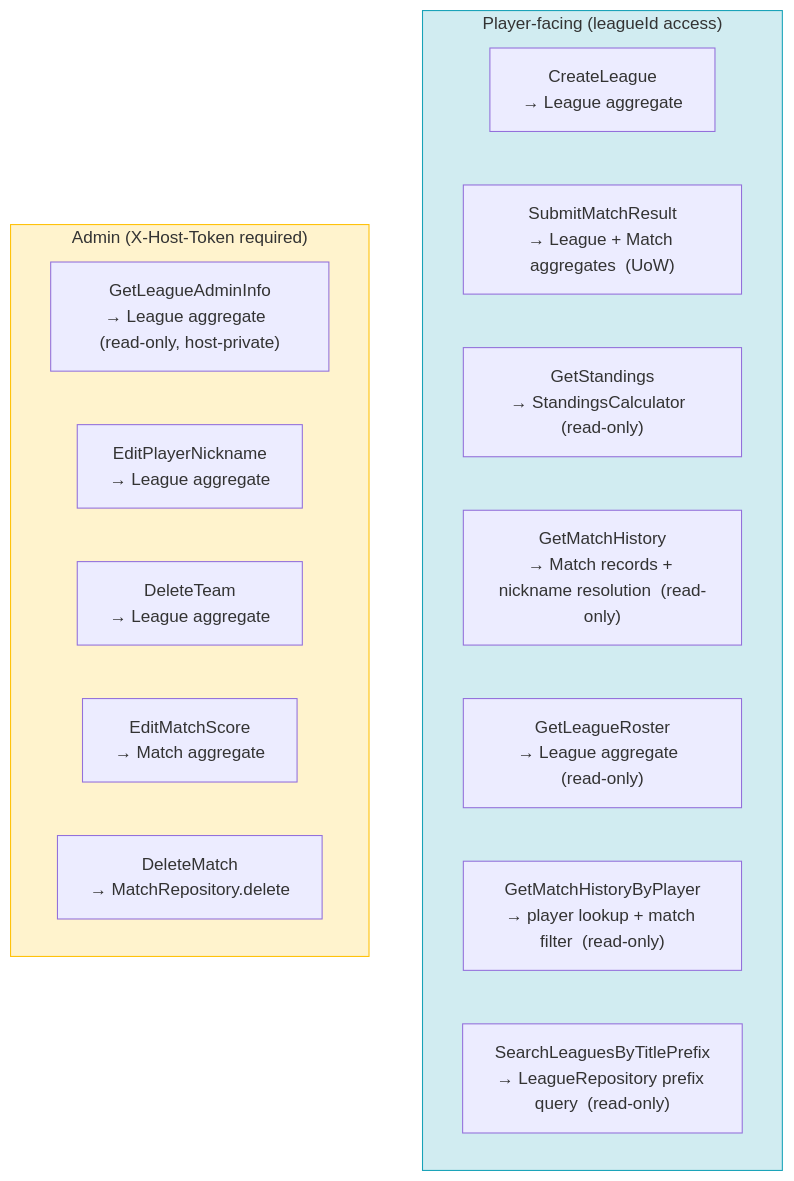
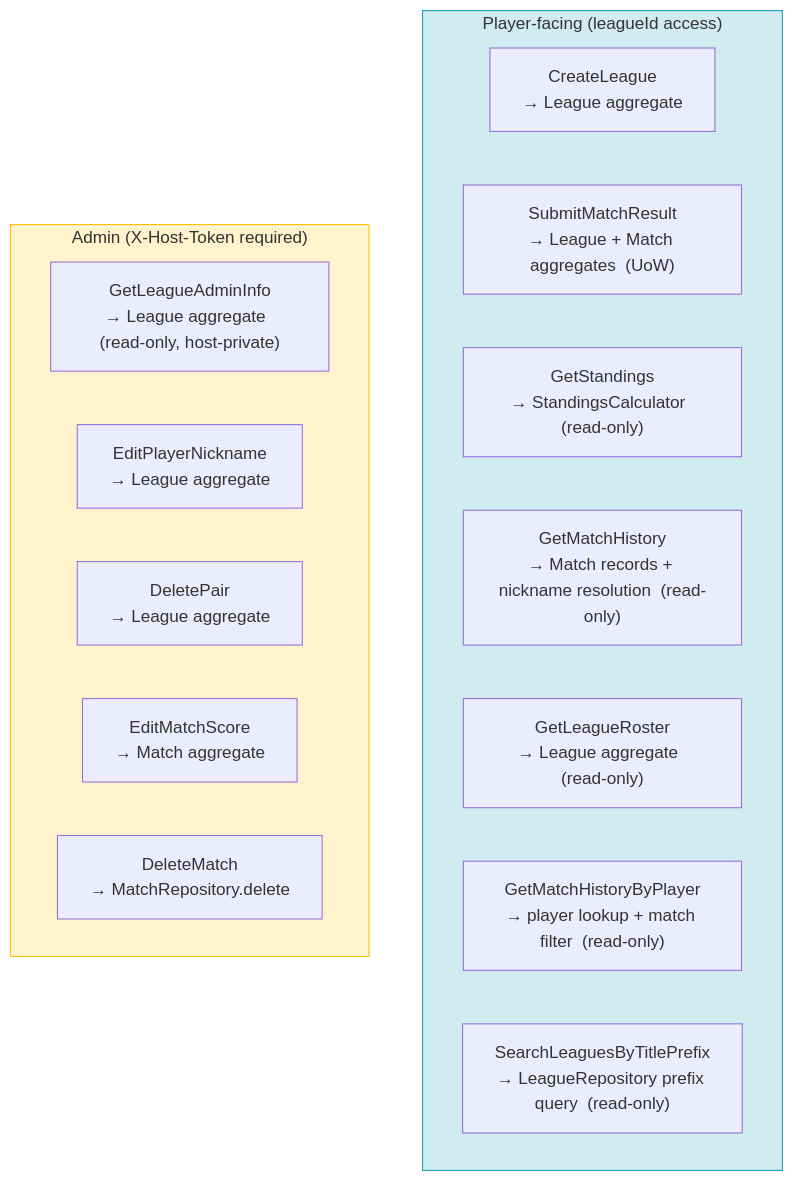
One commit to swjeong0825/TLMB_backend_main changed the diagram in Design_Doc/TLMB_Design_doc/09_application_use_cases.md. Above: the diagram before and after it, drawn with Mermaid. The commit also changed other lines of this file and 113 other files, not shown here.

Commit message:
team_to_pair_migration

````diff
--- a/Design_Doc/TLMB_Design_doc/09_application_use_cases.md
+++ b/Design_Doc/TLMB_Design_doc/09_application_use_cases.md
@@ -5,22 +5,22 @@
 ```mermaid
 flowchart TD
     subgraph PLAYER ["Player-facing  (leagueId access)"]
         CL["CreateLeague\n→ League aggregate"]
         SMR["SubmitMatchResult\n→ League + Match aggregates  (UoW)"]
         GS["GetStandings\n→ StandingsCalculator  (read-only)"]
         GMH["GetMatchHistory\n→ Match records + nickname resolution  (read-only)"]
         GLR["GetLeagueRoster\n→ League aggregate  (read-only)"]
         GMBP["GetMatchHistoryByPlayer\n→ player lookup + match filter  (read-only)"]
         SLP["SearchLeaguesByTitlePrefix\n→ LeagueRepository prefix query  (read-only)"]
     end
     subgraph ADMIN ["Admin  (X-Host-Token required)"]
         GLAI["GetLeagueAdminInfo\n→ League aggregate  (read-only, host-private)"]
         EPN["EditPlayerNickname\n→ League aggregate"]
-        DT["DeleteTeam\n→ League aggregate"]
+        DT["DeletePair\n→ League aggregate"]
         EMS["EditMatchScore\n→ Match aggregate"]
         DM["DeleteMatch\n→ MatchRepository.delete"]
     end
 
     style PLAYER fill:#d1ecf1,stroke:#17a2b8
     style ADMIN fill:#fff3cd,stroke:#ffc107
 ```
````
